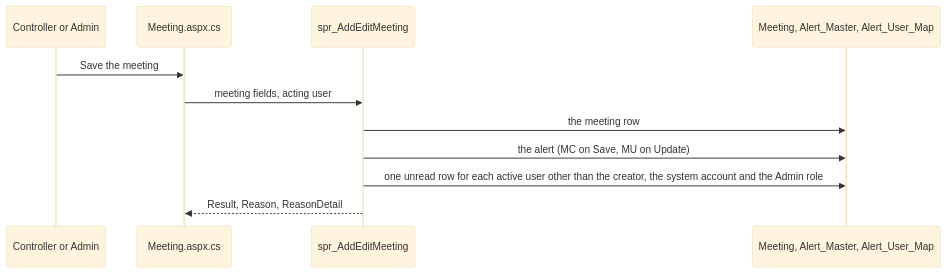
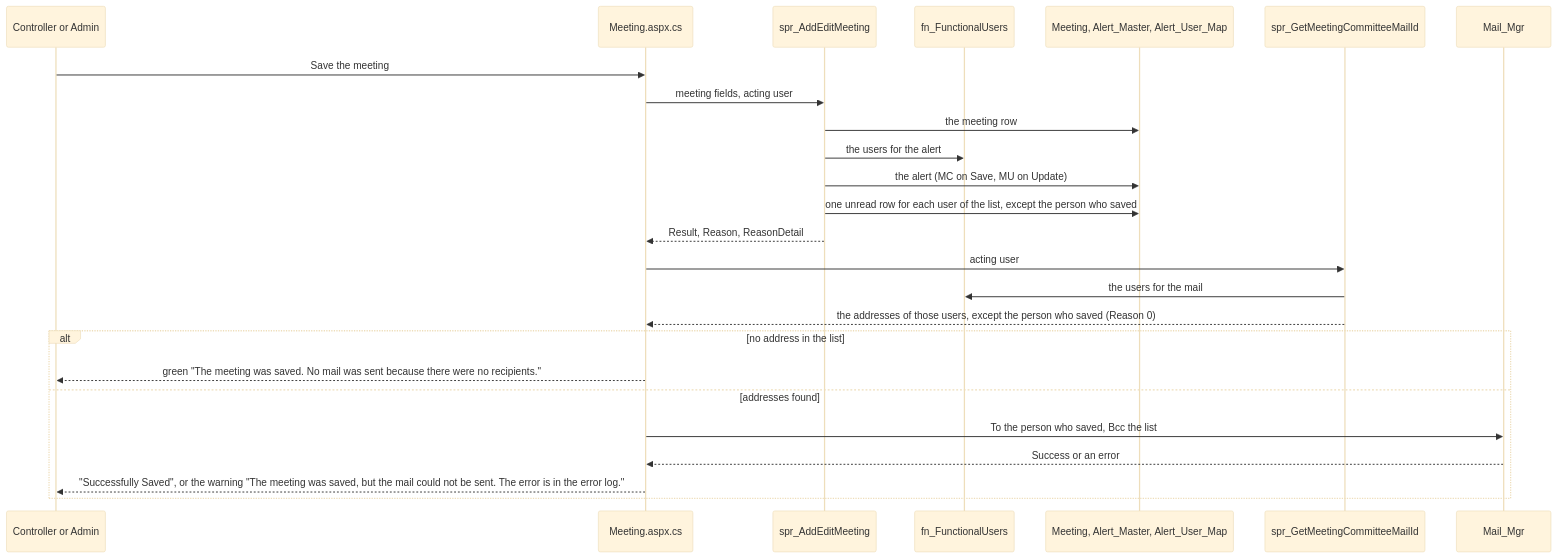
Before and after one commit to gashpy64/BMMS-Legacy: the diagram in Documents/Data-Flow/03-Program-to-Program/07-Meeting.md, drawn with Mermaid (base theme). The commit also changed other lines of this file and 35 other files, not shown here.

First line of the commit message:
IU1: inactive users and Admin in mails, action items and Reset Password (database step 55)

````diff
--- a/Documents/Data-Flow/03-Program-to-Program/07-Meeting.md
+++ b/Documents/Data-Flow/03-Program-to-Program/07-Meeting.md
@@ -31,14 +36,28 @@
 ```mermaid
 sequenceDiagram
     participant C as Controller or Admin
     participant P as Meeting.aspx.cs
     participant S as spr_AddEditMeeting
+    participant F as fn_FunctionalUsers
     participant T as Meeting, Alert_Master, Alert_User_Map
+    participant M as spr_GetMeetingCommitteeMailId
+    participant X as Mail_Mgr
 
     C->>P: Save the meeting
     P->>S: meeting fields, acting user
     S->>T: the meeting row
+    S->>F: the users for the alert
     S->>T: the alert (MC on Save, MU on Update)
-    S->>T: one unread row for each active user other than the creator, the system account and the Admin role
+    S->>T: one unread row for each user of the list, except the person who saved
     S-->>P: Result, Reason, ReasonDetail
+    P->>M: acting user
+    M->>F: the users for the mail
+    M-->>P: the addresses of those users, except the person who saved (Reason 0)
+    alt no address in the list
+        P-->>C: green "The meeting was saved. No mail was sent because there were no recipients."
+    else addresses found
+        P->>X: To the person who saved, Bcc the list
+        X-->>P: Success or an error
+        P-->>C: "Successfully Saved", or the warning "The meeting was saved, but the mail could not be sent. The error is in the error log."
+    end
 ```
````
